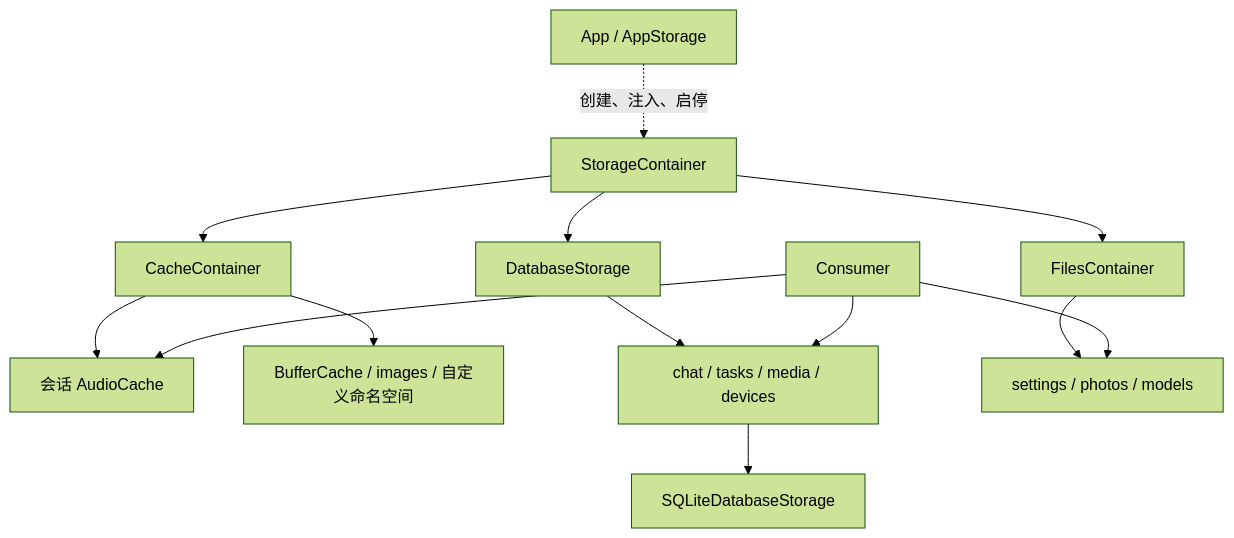
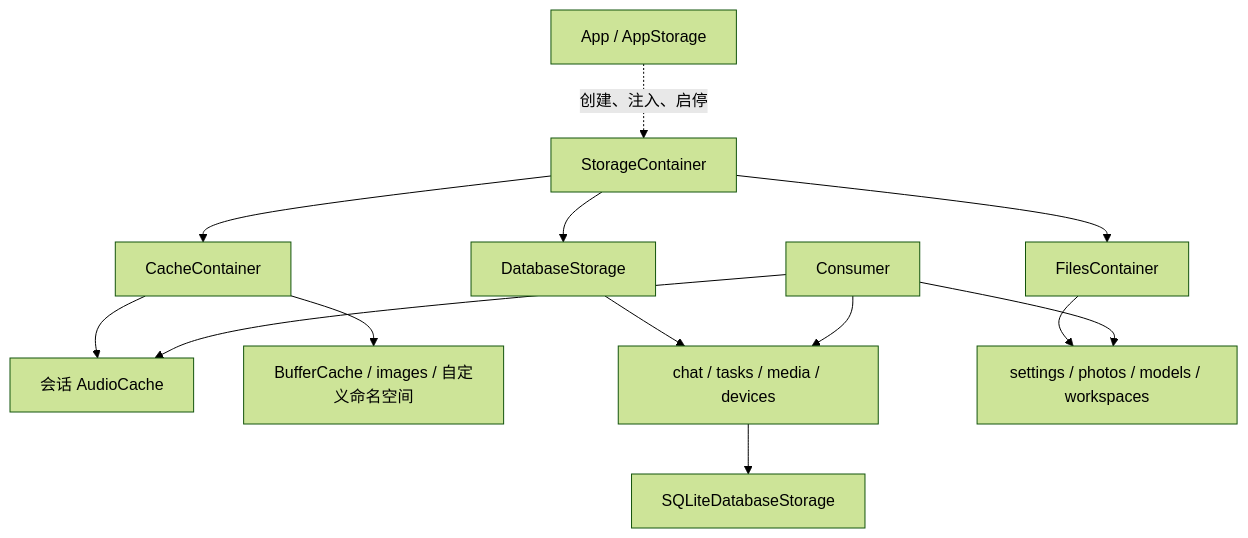
The diagram in MobileHarness/Storage/README.md (devilyouwei/MobileHarness), drawn with Mermaid (forest theme) before and after one commit. The commit also changed other lines of this file and 92 other files, not shown here.

````diff
--- a/MobileHarness/Storage/README.md
+++ b/MobileHarness/Storage/README.md
@@ -11,15 +11,15 @@
 ```mermaid
 flowchart TB
  App[App / AppStorage] -.->|创建、注入、启停| Root[StorageContainer]
  Root --> Cache[CacheContainer]
  Root --> DB[DatabaseStorage]
  Root --> Files[FilesContainer]
  Cache --> Audio[会话 AudioCache]
  Cache --> Buffers[BufferCache / images / 自定义命名空间]
  DB --> Repos[chat / tasks / media / devices]
  Repos --> SQLite[SQLiteDatabaseStorage]
- Files --> Names[settings / photos / models]
+ Files --> Names[settings / photos / models / workspaces]
  Consumer --> Audio
  Consumer --> Repos
  Consumer --> Names
 ```
````
